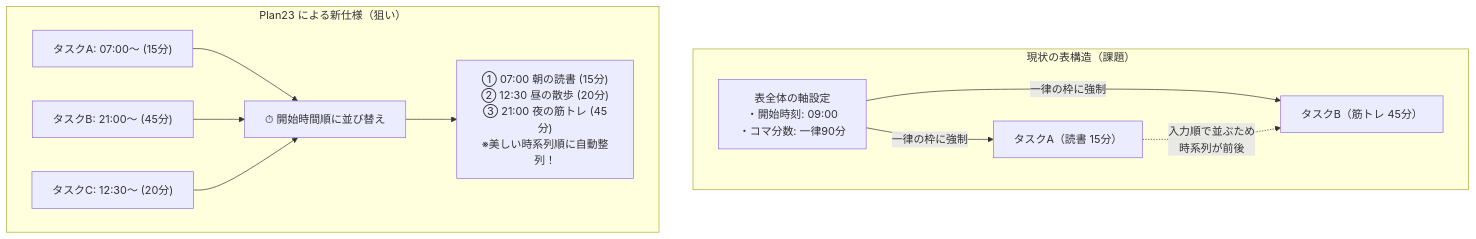
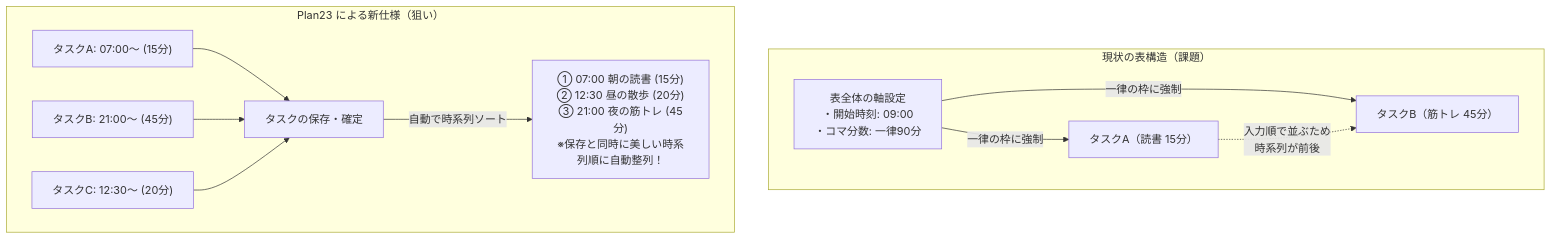
Before and after one commit to chku25062-sketch/creation_1: the first of 4 diagrams in Plan23.md, drawn with Mermaid. The commit also changed other lines of this file, not shown here.

````diff
--- a/Plan23.md
+++ b/Plan23.md
@@ -22,20 +22,20 @@
 ```mermaid
 flowchart TD
     subgraph Current["現状の表構造（課題）"]
         Axis["表全体の軸設定\n・開始時刻: 09:00\n・コマ分数: 一律90分"]
         CellA["タスクA（読書 15分）"]
         CellB["タスクB（筋トレ 45分）"]
         Axis -->|一律の枠に強制| CellA
         Axis -->|一律の枠に強制| CellB
         CellA -.->|入力順で並ぶため\n時系列が前後| CellB
     end
 
     subgraph Proposed["Plan23 による新仕様（狙い）"]
         IndA["タスクA: 07:00〜 (15分)"]
         IndB["タスクB: 21:00〜 (45分)"]
         IndC["タスクC: 12:30〜 (20分)"]
-        SortBtn["⏱ 開始時間順に並び替え"]
-        IndA & IndB & IndC --> SortBtn
-        SortBtn --> Result["① 07:00 朝の読書 (15分)\n② 12:30 昼の散歩 (20分)\n③ 21:00 夜の筋トレ (45分)\n※美しい時系列順に自動整列！"]
+        SaveAction["タスクの保存・確定"]
+        IndA & IndB & IndC --> SaveAction
+        SaveAction -->|自動で時系列ソート| Result["① 07:00 朝の読書 (15分)\n② 12:30 昼の散歩 (20分)\n③ 21:00 夜の筋トレ (45分)\n※保存と同時に美しい時系列順に自動整列！"]
     end
 ```
````
